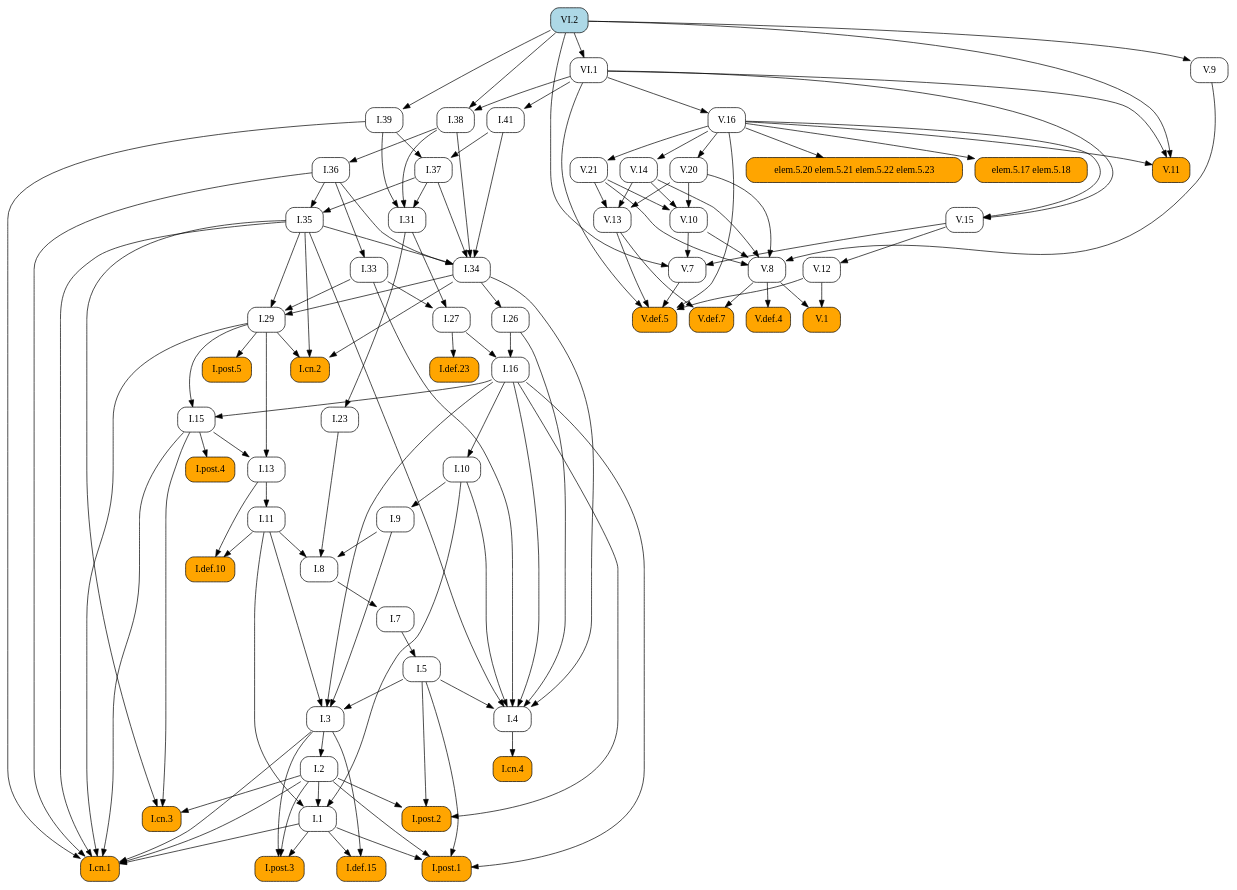
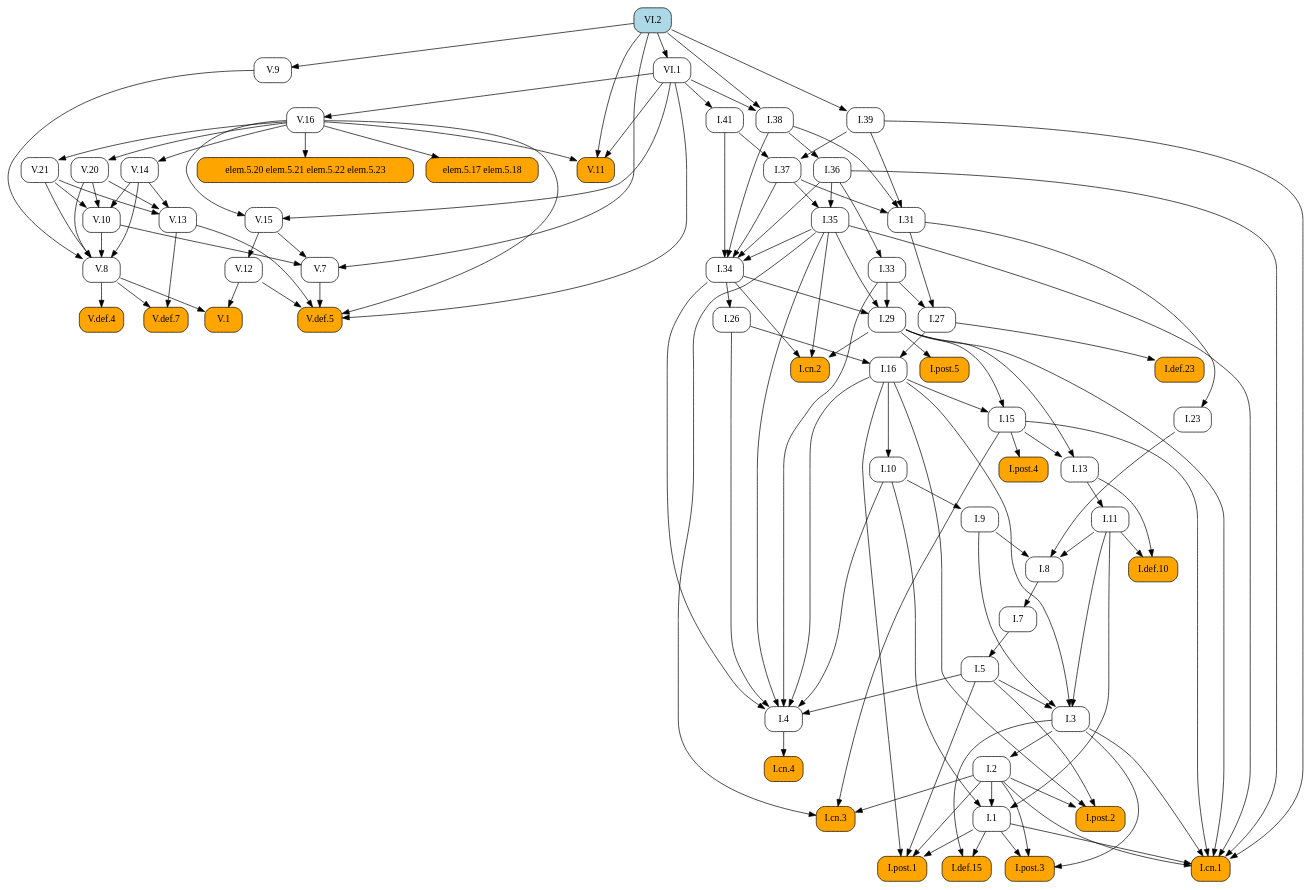
One commit to geometor/elements changed the diagram in docsrc/heath/VI/2/index.rst. Above: the diagram before and after it, drawn with Graphviz. The commit also changed other lines of this file and 1029 other files, not shown here.

```diff
--- a/docsrc/heath/VI/2/index.rst
+++ b/docsrc/heath/VI/2/index.rst
@@ -65,178 +65,104 @@
    digraph {
      rankdir="TB";
      node [shape=box, style=rounded];
-     "V.1" [style="rounded,filled", fillcolor=orange, URL="/heath/V/1/", target="_top"];
+     "I.def.10" [style="rounded,filled", fillcolor=orange, URL="/heath/I/def.10/", target="_top"];
+     "I.11" [URL="/heath/I/11/", target="_top"];
+     "I.post.4" [style="rounded,filled", fillcolor=orange, URL="/heath/I/post.4/", target="_top"];
+     "I.1" [URL="/heath/I/1/", target="_top"];
+     "I.39" [URL="/heath/I/39/", target="_top"];
+     "I.26" [URL="/heath/I/26/", target="_top"];
+     "V.14" [URL="/heath/V/14/", target="_top"];
+     "V.def.5" [style="rounded,filled", fillcolor=orange, URL="/heath/V/def.5/", target="_top"];
+     "I.29" [URL="/heath/I/29/", target="_top"];
+     "V.12" [URL="/heath/V/12/", target="_top"];
+     "I.cn.2" [style="rounded,filled", fillcolor=orange, URL="/heath/I/cn.2/", target="_top"];
+     "V.20" [URL="/heath/V/20/", target="_top"];
+     "V.10" [URL="/heath/V/10/", target="_top"];
+     "V.11" [style="rounded,filled", fillcolor=orange, URL="/heath/V/11/", target="_top"];
+     "V.13" [URL="/heath/V/13/", target="_top"];
+     "VI.2" [style="rounded,filled", fillcolor=lightblue, URL="/heath/VI/2/", target="_top"];
+     "I.def.15" [style="rounded,filled", fillcolor=orange, URL="/heath/I/def.15/", target="_top"];
+     "V.15" [URL="/heath/V/15/", target="_top"];
+     "VI.1" [URL="/heath/VI/1/", target="_top"];
+     "I.post.3" [style="rounded,filled", fillcolor=orange, URL="/heath/I/post.3/", target="_top"];
+     "I.cn.1" [style="rounded,filled", fillcolor=orange, URL="/heath/I/cn.1/", target="_top"];
      "I.cn.3" [style="rounded,filled", fillcolor=orange, URL="/heath/I/cn.3/", target="_top"];
-     "I.29" [URL="/heath/I/29/", target="_top"];
-     "I.7" [URL="/heath/I/7/", target="_top"];
+     "V.7" [URL="/heath/V/7/", target="_top"];
+     "V.9" [URL="/heath/V/9/", target="_top"];
+     "V.16" [URL="/heath/V/16/", target="_top"];
+     "I.23" [URL="/heath/I/23/", target="_top"];
+     "I.post.1" [style="rounded,filled", fillcolor=orange, URL="/heath/I/post.1/", target="_top"];
+     "I.35" [URL="/heath/I/35/", target="_top"];
+     "I.36" [URL="/heath/I/36/", target="_top"];
+     "V.8" [URL="/heath/V/8/", target="_top"];
+     "I.41" [URL="/heath/I/41/", target="_top"];
      "I.27" [URL="/heath/I/27/", target="_top"];
-     "I.38" [URL="/heath/I/38/", target="_top"];
-     "V.16" [URL="/heath/V/16/", target="_top"];
-     "V.15" [URL="/heath/V/15/", target="_top"];
      "I.37" [URL="/heath/I/37/", target="_top"];
      "I.34" [URL="/heath/I/34/", target="_top"];
-     "V.20" [URL="/heath/V/20/", target="_top"];
+     "I.7" [URL="/heath/I/7/", target="_top"];
+     "I.3" [URL="/heath/I/3/", target="_top"];
+     "I.2" [URL="/heath/I/2/", target="_top"];
+     "I.4" [URL="/heath/I/4/", target="_top"];
+     "I.def.23" [style="rounded,filled", fillcolor=orange, URL="/heath/I/def.23/", target="_top"];
+     "I.13" [URL="/heath/I/13/", target="_top"];
+     "I.33" [URL="/heath/I/33/", target="_top"];
+     "I.31" [URL="/heath/I/31/", target="_top"];
+     "I.post.2" [style="rounded,filled", fillcolor=orange, URL="/heath/I/post.2/", target="_top"];
+     "V.1" [style="rounded,filled", fillcolor=orange, URL="/heath/V/1/", target="_top"];
+     "I.16" [URL="/heath/I/16/", target="_top"];
+     "elem.5.20 elem.5.21 elem.5.22 elem.5.23" [style="rounded,filled", fillcolor=orange];
+     "elem.5.17 elem.5.18" [style="rounded,filled", fillcolor=orange];
+     "I.9" [URL="/heath/I/9/", target="_top"];
      "I.8" [URL="/heath/I/8/", target="_top"];
-     "I.def.23" [style="rounded,filled", fillcolor=orange, URL="/heath/I/def.23/", target="_top"];
-     "I.9" [URL="/heath/I/9/", target="_top"];
      "V.def.4" [style="rounded,filled", fillcolor=orange, URL="/heath/V/def.4/", target="_top"];
+     "I.cn.4" [style="rounded,filled", fillcolor=orange, URL="/heath/I/cn.4/", target="_top"];
+     "I.15" [URL="/heath/I/15/", target="_top"];
+     "I.post.5" [style="rounded,filled", fillcolor=orange, URL="/heath/I/post.5/", target="_top"];
+     "I.38" [URL="/heath/I/38/", target="_top"];
+     "V.def.7" [style="rounded,filled", fillcolor=orange, URL="/heath/V/def.7/", target="_top"];
+     "I.10" [URL="/heath/I/10/", target="_top"];
+     "I.5" [URL="/heath/I/5/", target="_top"];
      "V.21" [URL="/heath/V/21/", target="_top"];
-     "V.8" [URL="/heath/V/8/", target="_top"];
-     "I.post.4" [style="rounded,filled", fillcolor=orange, URL="/heath/I/post.4/", target="_top"];
-     "I.2" [URL="/heath/I/2/", target="_top"];
-     "V.7" [URL="/heath/V/7/", target="_top"];
-     "I.1" [URL="/heath/I/1/", target="_top"];
-     "I.def.15" [style="rounded,filled", fillcolor=orange, URL="/heath/I/def.15/", target="_top"];
-     "V.13" [URL="/heath/V/13/", target="_top"];
-     "I.post.1" [style="rounded,filled", fillcolor=orange, URL="/heath/I/post.1/", target="_top"];
-     "I.cn.4" [style="rounded,filled", fillcolor=orange, URL="/heath/I/cn.4/", target="_top"];
-     "I.26" [URL="/heath/I/26/", target="_top"];
-     "I.33" [URL="/heath/I/33/", target="_top"];
-     "VI.2" [style="rounded,filled", fillcolor=lightblue, URL="/heath/VI/2/", target="_top"];
-     "V.def.7" [style="rounded,filled", fillcolor=orange, URL="/heath/V/def.7/", target="_top"];
-     "I.39" [URL="/heath/I/39/", target="_top"];
-     "elem.5.20 elem.5.21 elem.5.22 elem.5.23" [style="rounded,filled", fillcolor=orange];
-     "I.23" [URL="/heath/I/23/", target="_top"];
-     "I.13" [URL="/heath/I/13/", target="_top"];
-     "I.cn.2" [style="rounded,filled", fillcolor=orange, URL="/heath/I/cn.2/", target="_top"];
-     "I.5" [URL="/heath/I/5/", target="_top"];
-     "I.11" [URL="/heath/I/11/", target="_top"];
-     "V.10" [URL="/heath/V/10/", target="_top"];
-     "V.def.5" [style="rounded,filled", fillcolor=orange, URL="/heath/V/def.5/", target="_top"];
-     "I.4" [URL="/heath/I/4/", target="_top"];
-     "I.10" [URL="/heath/I/10/", target="_top"];
-     "I.3" [URL="/heath/I/3/", target="_top"];
-     "I.16" [URL="/heath/I/16/", target="_top"];
-     "I.31" [URL="/heath/I/31/", target="_top"];
-     "I.def.10" [style="rounded,filled", fillcolor=orange, URL="/heath/I/def.10/", target="_top"];
-     "V.11" [style="rounded,filled", fillcolor=orange, URL="/heath/V/11/", target="_top"];
-     "I.post.2" [style="rounded,filled", fillcolor=orange, URL="/heath/I/post.2/", target="_top"];
-     "I.post.3" [style="rounded,filled", fillcolor=orange, URL="/heath/I/post.3/", target="_top"];
-     "VI.1" [URL="/heath/VI/1/", target="_top"];
-     "V.9" [URL="/heath/V/9/", target="_top"];
-     "I.post.5" [style="rounded,filled", fillcolor=orange, URL="/heath/I/post.5/", target="_top"];
-     "elem.5.17 elem.5.18" [style="rounded,filled", fillcolor=orange];
-     "I.36" [URL="/heath/I/36/", target="_top"];
-     "I.35" [URL="/heath/I/35/", target="_top"];
-     "V.12" [URL="/heath/V/12/", target="_top"];
-     "I.15" [URL="/heath/I/15/", target="_top"];
-     "I.cn.1" [style="rounded,filled", fillcolor=orange, URL="/heath/I/cn.1/", target="_top"];
-     "I.41" [URL="/heath/I/41/", target="_top"];
-     "V.14" [URL="/heath/V/14/", target="_top"];
-     "V.8" -> "V.1";
-     "V.12" -> "V.1";
-     "I.2" -> "I.cn.3";
-     "I.15" -> "I.cn.3";
-     "I.35" -> "I.cn.3";
-     "I.33" -> "I.29";
-     "I.34" -> "I.29";
-     "I.35" -> "I.29";
-     "I.8" -> "I.7";
-     "I.31" -> "I.27";
-     "I.33" -> "I.27";
-     "VI.1" -> "I.38";
-     "VI.2" -> "I.38";
-     "VI.1" -> "V.16";
-     "V.16" -> "V.15";
-     "VI.1" -> "V.15";
-     "I.39" -> "I.37";
-     "I.41" -> "I.37";
-     "I.35" -> "I.34";
-     "I.36" -> "I.34";
-     "I.37" -> "I.34";
-     "I.38" -> "I.34";
-     "I.41" -> "I.34";
-     "V.16" -> "V.20";
-     "I.9" -> "I.8";
-     "I.11" -> "I.8";
-     "I.23" -> "I.8";
-     "I.27" -> "I.def.23";
-     "I.10" -> "I.9";
-     "V.8" -> "V.def.4";
-     "V.16" -> "V.21";
-     "V.9" -> "V.8";
-     "V.10" -> "V.8";
-     "V.14" -> "V.8";
-     "V.20" -> "V.8";
-     "V.21" -> "V.8";
+     "I.11" -> "I.def.10";
+     "I.13" -> "I.def.10";
+     "I.13" -> "I.11";
      "I.15" -> "I.post.4";
-     "I.3" -> "I.2";
-     "V.10" -> "V.7";
-     "V.15" -> "V.7";
-     "VI.2" -> "V.7";
      "I.2" -> "I.1";
      "I.10" -> "I.1";
      "I.11" -> "I.1";
-     "I.1" -> "I.def.15";
-     "I.3" -> "I.def.15";
-     "V.14" -> "V.13";
-     "V.20" -> "V.13";
-     "V.21" -> "V.13";
-     "I.1" -> "I.post.1";
-     "I.2" -> "I.post.1";
-     "I.5" -> "I.post.1";
-     "I.16" -> "I.post.1";
-     "I.4" -> "I.cn.4";
+     "VI.2" -> "I.39";
      "I.34" -> "I.26";
-     "I.36" -> "I.33";
-     "V.8" -> "V.def.7";
-     "V.13" -> "V.def.7";
-     "VI.2" -> "I.39";
-     "V.16" -> "elem.5.20 elem.5.21 elem.5.22 elem.5.23";
-     "I.31" -> "I.23";
-     "I.15" -> "I.13";
-     "I.29" -> "I.13";
-     "I.29" -> "I.cn.2";
-     "I.34" -> "I.cn.2";
-     "I.35" -> "I.cn.2";
-     "I.7" -> "I.5";
-     "I.13" -> "I.11";
-     "V.14" -> "V.10";
-     "V.20" -> "V.10";
-     "V.21" -> "V.10";
+     "V.16" -> "V.14";
      "V.7" -> "V.def.5";
      "V.12" -> "V.def.5";
      "V.13" -> "V.def.5";
      "V.16" -> "V.def.5";
      "VI.1" -> "V.def.5";
-     "I.5" -> "I.4";
-     "I.10" -> "I.4";
-     "I.16" -> "I.4";
-     "I.26" -> "I.4";
-     "I.33" -> "I.4";
-     "I.34" -> "I.4";
-     "I.35" -> "I.4";
-     "I.16" -> "I.10";
-     "I.5" -> "I.3";
-     "I.9" -> "I.3";
-     "I.11" -> "I.3";
-     "I.16" -> "I.3";
-     "I.26" -> "I.16";
-     "I.27" -> "I.16";
-     "I.37" -> "I.31";
-     "I.38" -> "I.31";
-     "I.39" -> "I.31";
-     "I.11" -> "I.def.10";
-     "I.13" -> "I.def.10";
+     "I.33" -> "I.29";
+     "I.34" -> "I.29";
+     "I.35" -> "I.29";
+     "V.15" -> "V.12";
+     "I.29" -> "I.cn.2";
+     "I.34" -> "I.cn.2";
+     "I.35" -> "I.cn.2";
+     "V.16" -> "V.20";
+     "V.14" -> "V.10";
+     "V.20" -> "V.10";
+     "V.21" -> "V.10";
      "V.16" -> "V.11";
      "VI.1" -> "V.11";
      "VI.2" -> "V.11";
-     "I.2" -> "I.post.2";
-     "I.5" -> "I.post.2";
-     "I.16" -> "I.post.2";
+     "V.14" -> "V.13";
+     "V.20" -> "V.13";
+     "V.21" -> "V.13";
+     "I.1" -> "I.def.15";
+     "I.3" -> "I.def.15";
+     "V.16" -> "V.15";
+     "VI.1" -> "V.15";
+     "VI.2" -> "VI.1";
      "I.1" -> "I.post.3";
      "I.2" -> "I.post.3";
      "I.3" -> "I.post.3";
-     "VI.2" -> "VI.1";
-     "VI.2" -> "V.9";
-     "I.29" -> "I.post.5";
-     "V.16" -> "elem.5.17 elem.5.18";
-     "I.38" -> "I.36";
-     "I.36" -> "I.35";
-     "I.37" -> "I.35";
-     "V.15" -> "V.12";
-     "I.16" -> "I.15";
-     "I.29" -> "I.15";
      "I.1" -> "I.cn.1";
      "I.2" -> "I.cn.1";
      "I.3" -> "I.cn.1";
@@ -245,6 +171,80 @@
      "I.35" -> "I.cn.1";
      "I.36" -> "I.cn.1";
      "I.39" -> "I.cn.1";
+     "I.2" -> "I.cn.3";
+     "I.15" -> "I.cn.3";
+     "I.35" -> "I.cn.3";
+     "V.10" -> "V.7";
+     "V.15" -> "V.7";
+     "VI.2" -> "V.7";
+     "VI.2" -> "V.9";
+     "VI.1" -> "V.16";
+     "I.31" -> "I.23";
+     "I.1" -> "I.post.1";
+     "I.2" -> "I.post.1";
+     "I.5" -> "I.post.1";
+     "I.16" -> "I.post.1";
+     "I.36" -> "I.35";
+     "I.37" -> "I.35";
+     "I.38" -> "I.36";
+     "V.9" -> "V.8";
+     "V.10" -> "V.8";
+     "V.14" -> "V.8";
+     "V.20" -> "V.8";
+     "V.21" -> "V.8";
      "VI.1" -> "I.41";
-     "V.16" -> "V.14";
+     "I.31" -> "I.27";
+     "I.33" -> "I.27";
+     "I.39" -> "I.37";
+     "I.41" -> "I.37";
+     "I.35" -> "I.34";
+     "I.36" -> "I.34";
+     "I.37" -> "I.34";
+     "I.38" -> "I.34";
+     "I.41" -> "I.34";
+     "I.8" -> "I.7";
+     "I.5" -> "I.3";
+     "I.9" -> "I.3";
+     "I.11" -> "I.3";
+     "I.16" -> "I.3";
+     "I.3" -> "I.2";
+     "I.5" -> "I.4";
+     "I.10" -> "I.4";
+     "I.16" -> "I.4";
+     "I.26" -> "I.4";
+     "I.33" -> "I.4";
+     "I.34" -> "I.4";
+     "I.35" -> "I.4";
+     "I.27" -> "I.def.23";
+     "I.15" -> "I.13";
+     "I.29" -> "I.13";
+     "I.36" -> "I.33";
+     "I.37" -> "I.31";
+     "I.38" -> "I.31";
+     "I.39" -> "I.31";
+     "I.2" -> "I.post.2";
+     "I.5" -> "I.post.2";
+     "I.16" -> "I.post.2";
+     "V.8" -> "V.1";
+     "V.12" -> "V.1";
+     "I.26" -> "I.16";
+     "I.27" -> "I.16";
+     "V.16" -> "elem.5.20 elem.5.21 elem.5.22 elem.5.23";
+     "V.16" -> "elem.5.17 elem.5.18";
+     "I.10" -> "I.9";
+     "I.9" -> "I.8";
+     "I.11" -> "I.8";
+     "I.23" -> "I.8";
+     "V.8" -> "V.def.4";
+     "I.4" -> "I.cn.4";
+     "I.16" -> "I.15";
+     "I.29" -> "I.15";
+     "I.29" -> "I.post.5";
+     "VI.1" -> "I.38";
+     "VI.2" -> "I.38";
+     "V.8" -> "V.def.7";
+     "V.13" -> "V.def.7";
+     "I.16" -> "I.10";
+     "I.7" -> "I.5";
+     "V.16" -> "V.21";
    }
```
